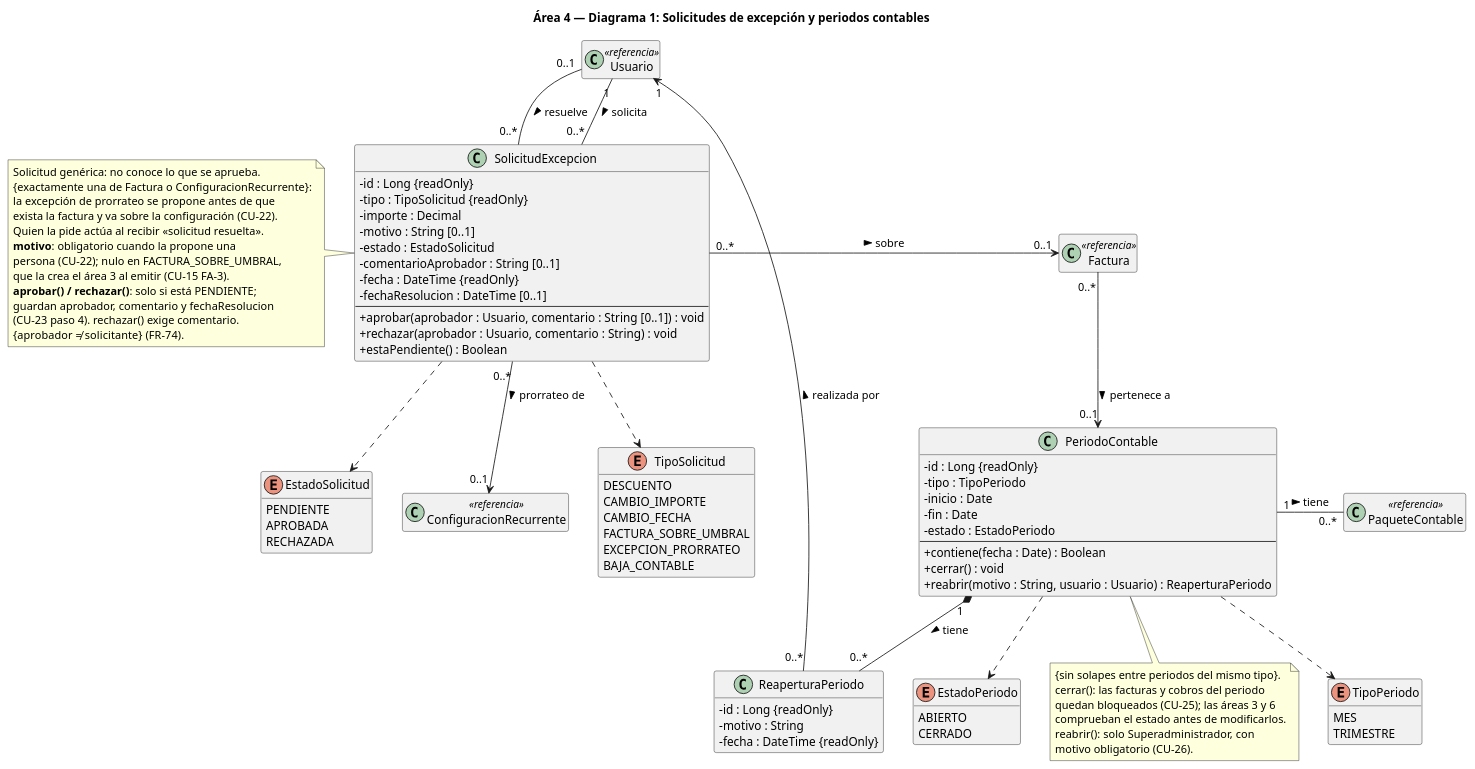
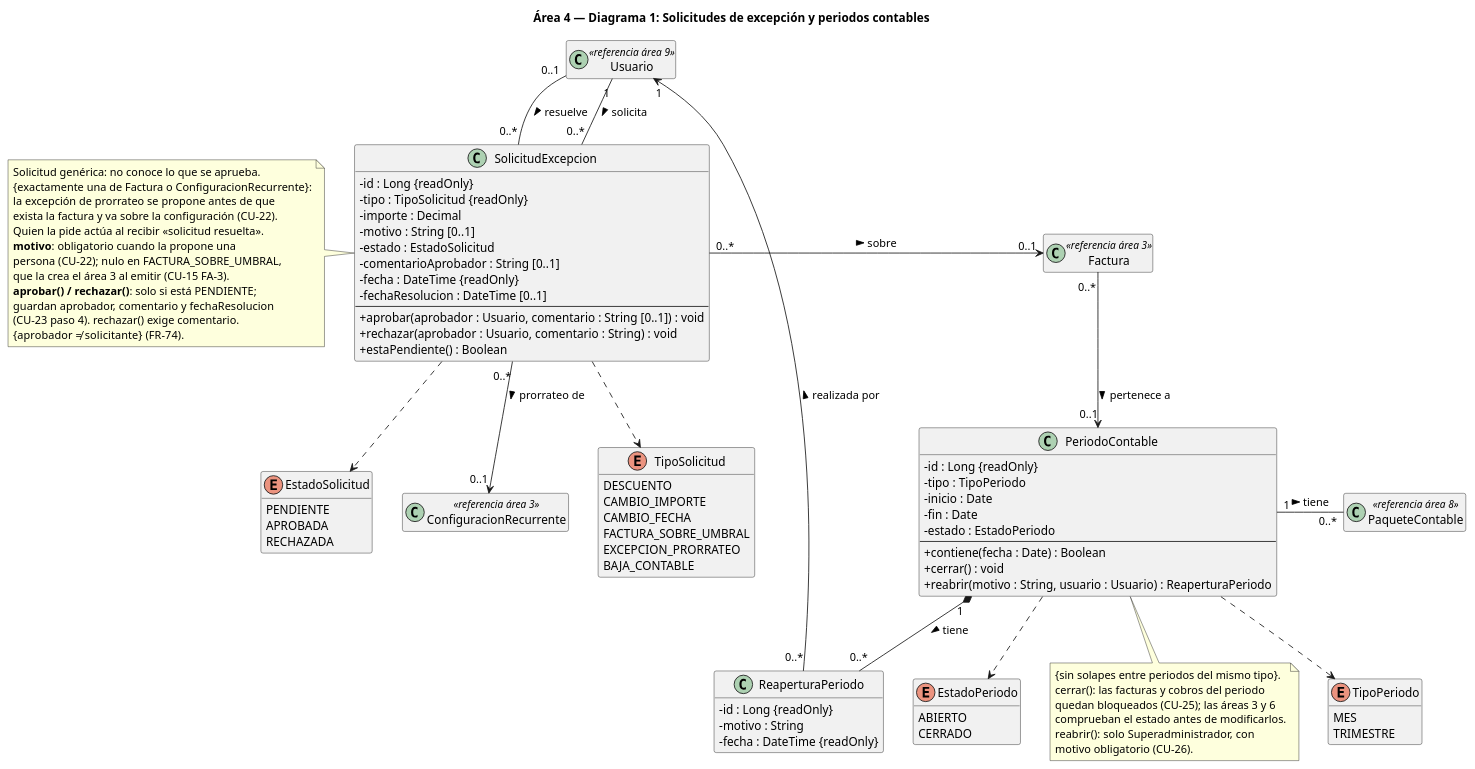
One commit to naybetaomar/AyDA-ProyectoBebes changed the diagram in Entrega2_GrupoBebes/entrega2/diagramas/clases/area04/area4_1_modelo_aprobaciones.puml. Above: the diagram before and after it, drawn with PlantUML. The commit also changed 23 other files, not shown here.

Commit message:
<<referencia>> pasa a <<referencia área N>>

```diff
--- a/Entrega2_GrupoBebes/entrega2/diagramas/clases/area04/area4_1_modelo_aprobaciones.puml
+++ b/Entrega2_GrupoBebes/entrega2/diagramas/clases/area04/area4_1_modelo_aprobaciones.puml
@@ -1,104 +1,104 @@
 @startuml area4_1_modelo_aprobaciones
 skinparam classAttributeIconSize 0
 hide empty members
 title Área 4 — Diagrama 1: Solicitudes de excepción y periodos contables
 
 class SolicitudExcepcion {
   - id : Long {readOnly}
   - tipo : TipoSolicitud {readOnly}
   - importe : Decimal
   - motivo : String [0..1]
   - estado : EstadoSolicitud
   - comentarioAprobador : String [0..1]
   - fecha : DateTime {readOnly}
   - fechaResolucion : DateTime [0..1]
   --
   + aprobar(aprobador : Usuario, comentario : String [0..1]) : void
   + rechazar(aprobador : Usuario, comentario : String) : void
   + estaPendiente() : Boolean
 }
 
 class PeriodoContable {
   - id : Long {readOnly}
   - tipo : TipoPeriodo
   - inicio : Date
   - fin : Date
   - estado : EstadoPeriodo
   --
   + contiene(fecha : Date) : Boolean
   + cerrar() : void
   + reabrir(motivo : String, usuario : Usuario) : ReaperturaPeriodo
 }
 
 class ReaperturaPeriodo {
   - id : Long {readOnly}
   - motivo : String
   - fecha : DateTime {readOnly}
 }
 
 enum TipoSolicitud {
   DESCUENTO
   CAMBIO_IMPORTE
   CAMBIO_FECHA
   FACTURA_SOBRE_UMBRAL
   EXCEPCION_PRORRATEO
   BAJA_CONTABLE
 }
 enum EstadoSolicitud {
   PENDIENTE
   APROBADA
   RECHAZADA
 }
 enum TipoPeriodo {
   MES
   TRIMESTRE
 }
 enum EstadoPeriodo {
   ABIERTO
   CERRADO
 }
 
 ' Clases de otras áreas
-class Usuario <<referencia>>
-class Factura <<referencia>>
-class ConfiguracionRecurrente <<referencia>>
-class PaqueteContable <<referencia>>
+class Usuario <<referencia área 9>>
+class Factura <<referencia área 3>>
+class ConfiguracionRecurrente <<referencia área 3>>
+class PaqueteContable <<referencia área 8>>
 
 Usuario "1" -down- "0..*" SolicitudExcepcion : solicita >
 Usuario "0..1" -down- "0..*" SolicitudExcepcion : resuelve >
 SolicitudExcepcion "0..*" -right-> "0..1" Factura : sobre >
 SolicitudExcepcion "0..*" -down-> "0..1" ConfiguracionRecurrente : prorrateo de >
 Factura "0..*" -down-> "0..1" PeriodoContable : pertenece a >
 PeriodoContable "1" *-down- "0..*" ReaperturaPeriodo : tiene >
 ReaperturaPeriodo "0..*" -left-> "1" Usuario : realizada por >
 PeriodoContable "1" -right- "0..*" PaqueteContable : tiene >
 
 SolicitudExcepcion ..> TipoSolicitud
 SolicitudExcepcion ..> EstadoSolicitud
 PeriodoContable ..> TipoPeriodo
 PeriodoContable ..> EstadoPeriodo
 
 note left of SolicitudExcepcion
   Solicitud genérica: no conoce lo que se aprueba.
   {exactamente una de Factura o ConfiguracionRecurrente}:
   la excepción de prorrateo se propone antes de que
   exista la factura y va sobre la configuración (CU-22).
   Quien la pide actúa al recibir «solicitud resuelta».
   **motivo**: obligatorio cuando la propone una
   persona (CU-22); nulo en FACTURA_SOBRE_UMBRAL,
   que la crea el área 3 al emitir (CU-15 FA-3).
   **aprobar() / rechazar()**: solo si está PENDIENTE;
   guardan aprobador, comentario y fechaResolucion
   (CU-23 paso 4). rechazar() exige comentario.
   {aprobador ≠ solicitante} (FR-74).
 end note
 
 note bottom of PeriodoContable
   {sin solapes entre periodos del mismo tipo}.
   cerrar(): las facturas y cobros del periodo
   quedan bloqueados (CU-25); las áreas 3 y 6
   comprueban el estado antes de modificarlos.
   reabrir(): solo Superadministrador, con
   motivo obligatorio (CU-26).
 end note
 @enduml
```
